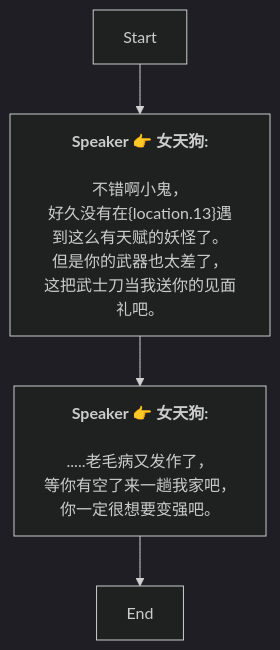
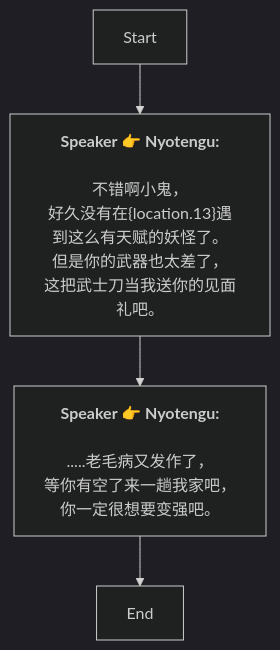
The diagram in Zh/QuestStartTalkENode_1741547223708082.md (SoftHu/tos_avg), drawn with Mermaid (dark theme) before and after one commit. The commit also changed 737 other files, not shown here.

````diff
--- a/Zh/QuestStartTalkENode_1741547223708082.md
+++ b/Zh/QuestStartTalkENode_1741547223708082.md
@@ -1,16 +1,13 @@
 ```mermaid
 graph
-Start -->1741547362148792[<b>Speaker 👉 女天狗:</b>
-
-不错啊小鬼，
-好久没有在&lbrace;location.13&rbrace;遇到这么有天赋的妖怪了。
-但是你的武器也太差了，
+Start -->1741547362148792[<b>Speaker 👉 Nyotengu:</b>
+\n不错啊小鬼，
+好久没有在&lbrace;location.13&rbrace;遇到这么有天赋的妖怪了。\n但是你的武器也太差了，
 这把武士刀当我送你的见面礼吧。]
-1741547362148792 -->1741548342748602[<b>Speaker 👉 女天狗:</b>
-
-.....老毛病又发作了，
+1741547362148792 -->1741548342748602[<b>Speaker 👉 Nyotengu:</b>
+\n.....老毛病又发作了，
 等你有空了来一趟我家吧，
 你一定很想要变强吧。]
 1741548342748602 -->1741547392091577[End]
 
- ```
+```
````
